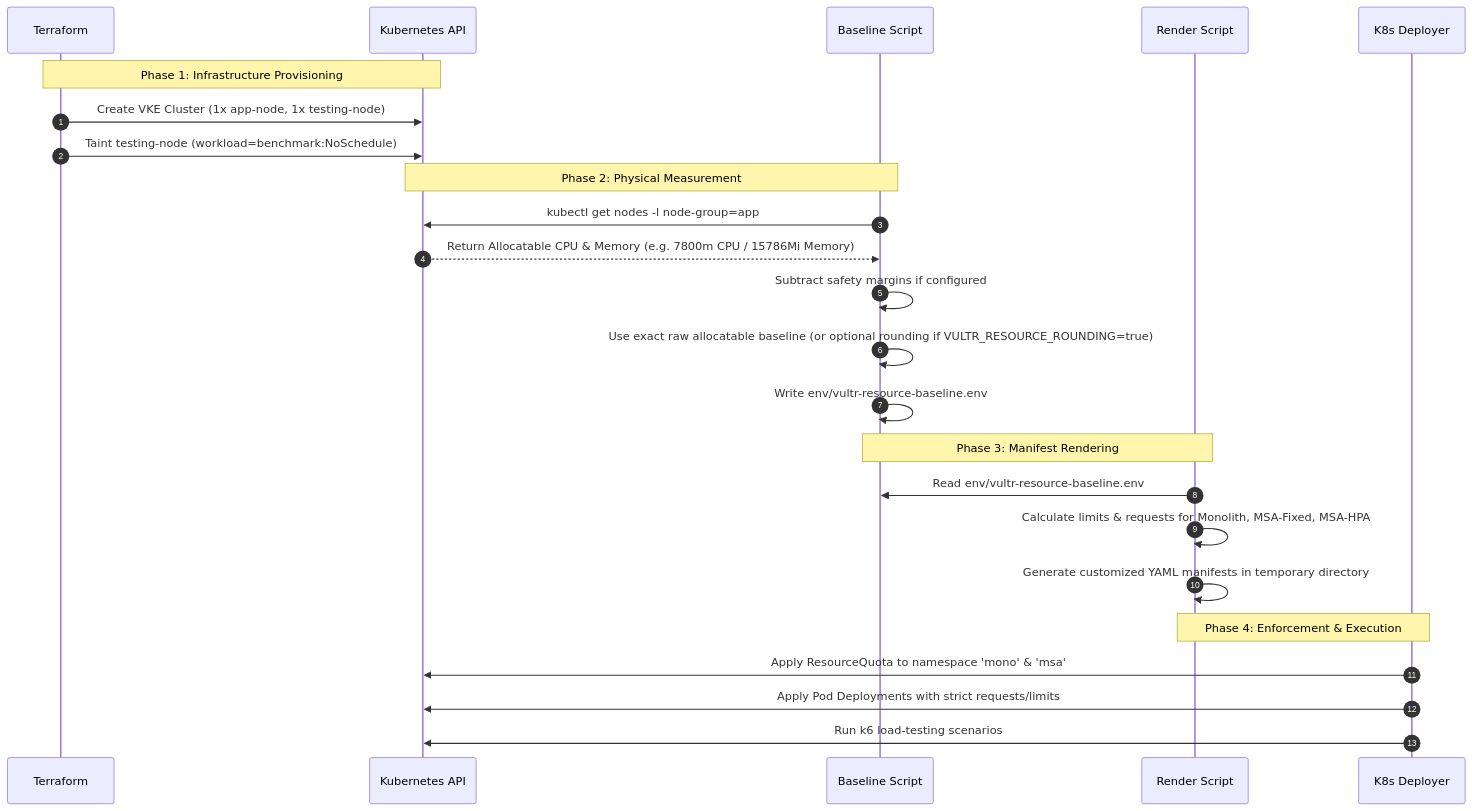
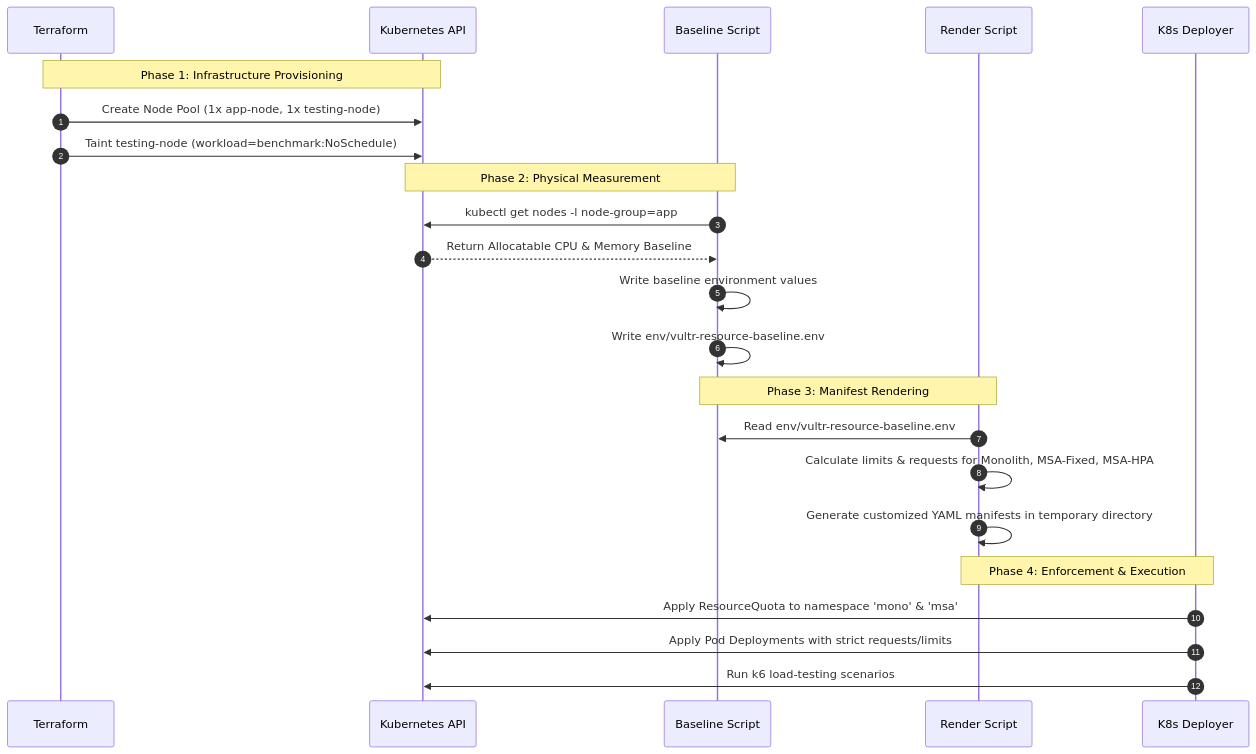
One commit to Ahmad-mufied/monolith-vs-microservice-thesis changed the diagram in docs/experiment/resource-mapping-lifecycle.md. Above: the diagram before and after it, drawn with Mermaid. The commit also changed other lines of this file, not shown here.

Commit message:
docs(experiment): simplify resource lifecycle diagram to use direct allocatable baseline without rounding

````diff
--- a/docs/experiment/resource-mapping-lifecycle.md
+++ b/docs/experiment/resource-mapping-lifecycle.md
@@ -44,30 +44,29 @@
 ```mermaid
 sequenceDiagram
     autonumber
     participant TF as Terraform
     participant K8s as Kubernetes API
     participant BS as Baseline Script
     participant RS as Render Script
     participant QD as K8s Deployer
 
     Note over TF, K8s: Phase 1: Infrastructure Provisioning
-    TF->>K8s: Create VKE Cluster (1x app-node, 1x testing-node)
+    TF->>K8s: Create Node Pool (1x app-node, 1x testing-node)
     TF->>K8s: Taint testing-node (workload=benchmark:NoSchedule)
 
     Note over K8s, BS: Phase 2: Physical Measurement
     BS->>K8s: kubectl get nodes -l node-group=app
-    K8s-->>BS: Return Allocatable CPU & Memory (e.g. 7800m CPU / 15786Mi Memory)
-    BS->>BS: Subtract safety margins if configured
-    BS->>BS: Use exact raw allocatable baseline (or optional rounding if VULTR_RESOURCE_ROUNDING=true)
+    K8s-->>BS: Return Allocatable CPU & Memory Baseline
+    BS->>BS: Write baseline environment values
     BS->>BS: Write env/vultr-resource-baseline.env
 
     Note over BS, RS: Phase 3: Manifest Rendering
     RS->>BS: Read env/vultr-resource-baseline.env
     RS->>RS: Calculate limits & requests for Monolith, MSA-Fixed, MSA-HPA
     RS->>RS: Generate customized YAML manifests in temporary directory
 
     Note over RS, QD: Phase 4: Enforcement & Execution
     QD->>K8s: Apply ResourceQuota to namespace 'mono' & 'msa'
     QD->>K8s: Apply Pod Deployments with strict requests/limits
     QD->>K8s: Run k6 load-testing scenarios
 ```
````
